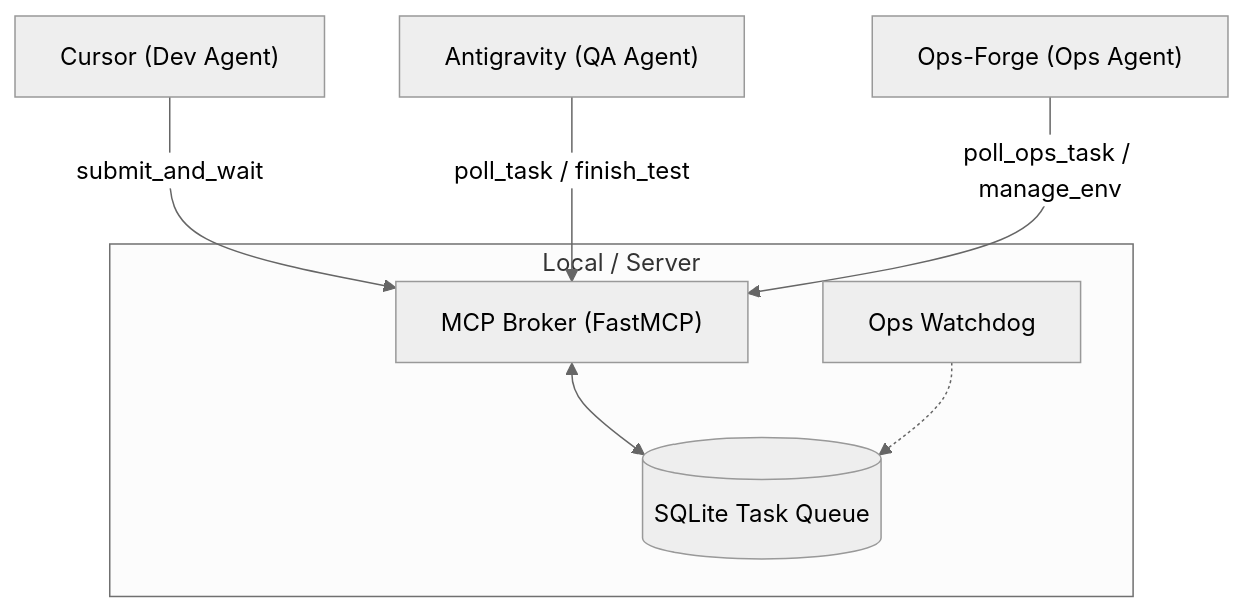
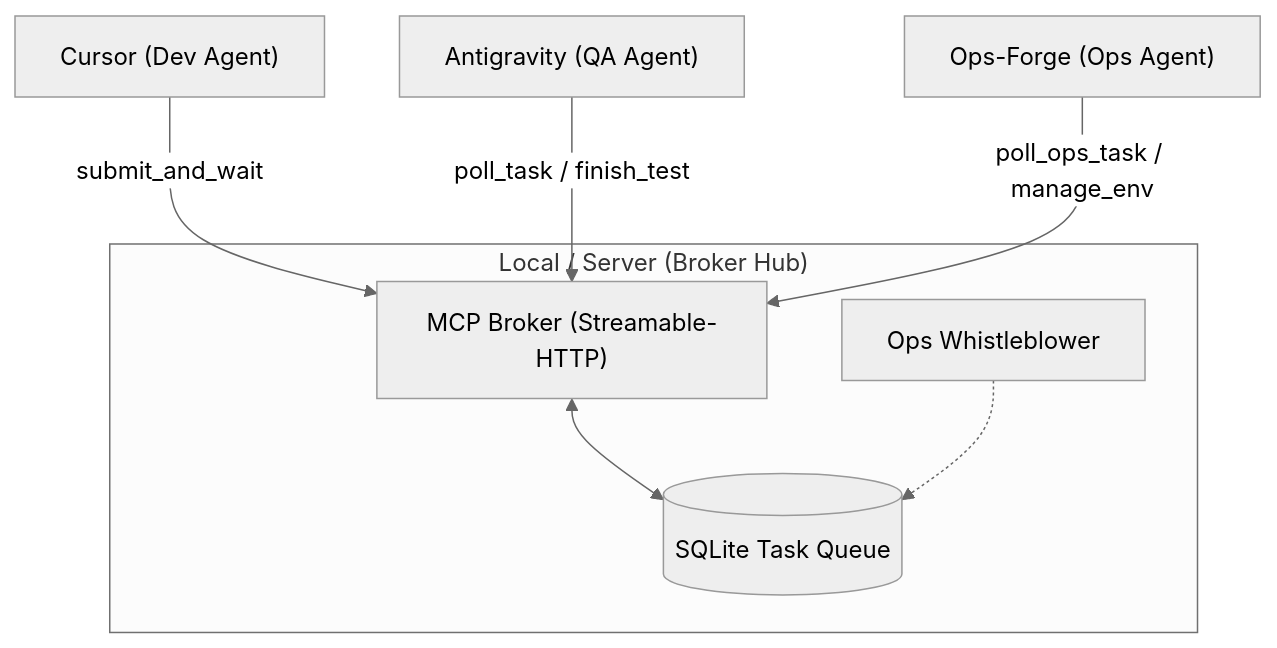
The first of 2 diagrams in README.md (chen-muxi/AI-SyncForge), drawn with Mermaid (neutral theme) before and after one commit. The commit also changed other lines of this file and 4 other files, not shown here.

Commit message:
fix: resolve MCP connection issues with Streamable-HTTP and harden security

````diff
--- a/README.md
+++ b/README.md
@@ -43,15 +32,15 @@
 ```mermaid
 graph TD
-    subgraph "Local / Server"
-        Broker["MCP Broker (FastMCP)"]
+    subgraph "Local / Server (Broker Hub)"
+        Broker["MCP Broker (Streamable-HTTP)"]
         DB[(SQLite Task Queue)]
-        Watchdog[Ops Watchdog]
+        Watchdog[Ops Whistleblower]
     end
 
-    Cursor["Cursor (Dev Agent)"] -- "submit_and_wait" --> Broker
+    Dev["Cursor (Dev Agent)"] -- "submit_and_wait" --> Broker
     QA["Antigravity (QA Agent)"] -- "poll_task / finish_test" --> Broker
     Ops["Ops-Forge (Ops Agent)"] -- "poll_ops_task / manage_env" --> Broker
 
     Broker <--> DB
     Watchdog -.-> DB
 ```
````
